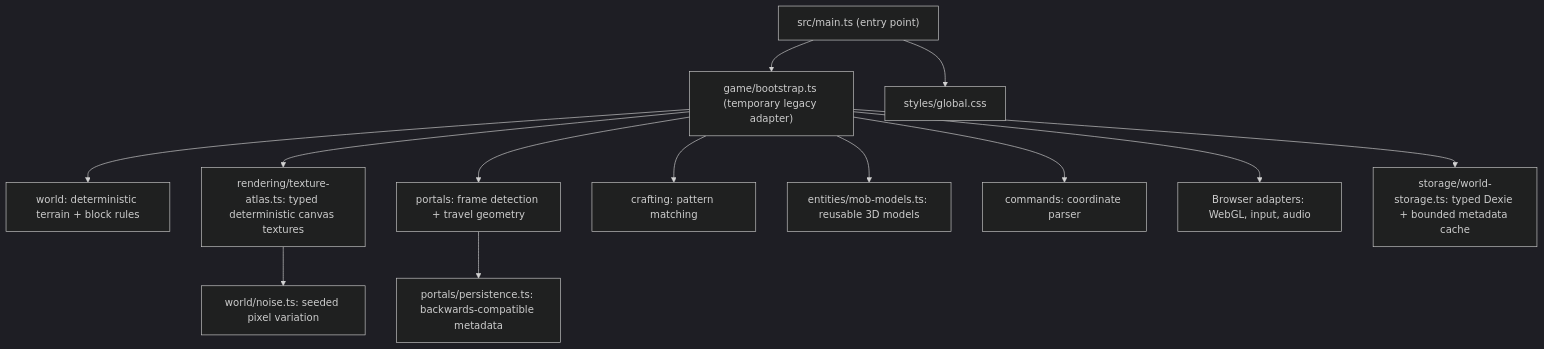
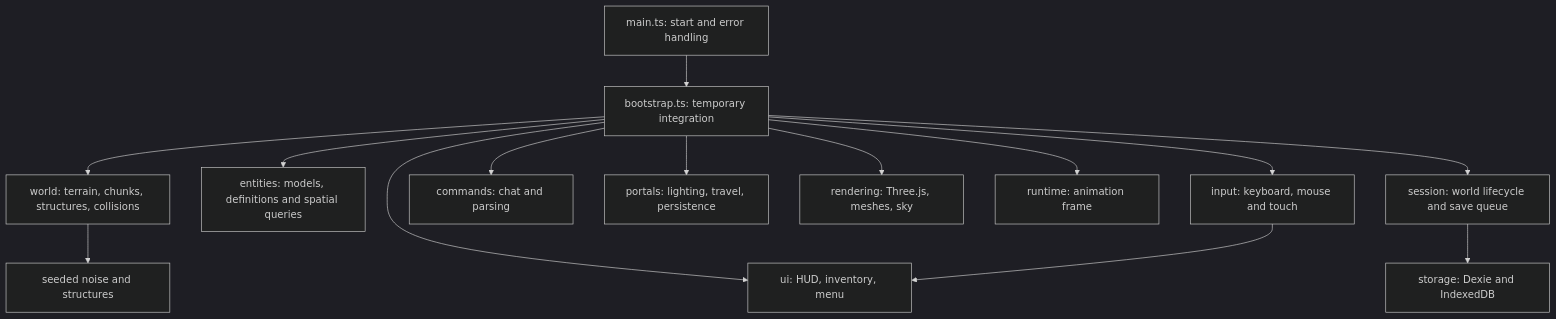
One commit to MauriceCraft/MauriceCraft changed the first of 2 diagrams in docs/ARCHITECTURE.md. Above: the diagram before and after it, drawn with Mermaid (dark theme). The commit also changed other lines of this file and 3 other files, not shown here.

First line of the commit message:
docs(architecture): give Maurice an accurate module map and testing path

````diff
--- a/docs/ARCHITECTURE.md
+++ b/docs/ARCHITECTURE.md
@@ -35,15 +27,16 @@
 ```mermaid
 flowchart TD
-    Entry["src/main.ts (entry point)"] --> Bootstrap["game/bootstrap.ts (temporary legacy adapter)"]
-    Entry --> CSS["styles/global.css"]
-    Bootstrap --> World["world: deterministic terrain + block rules"]
-    Bootstrap --> Atlas["rendering/texture-atlas.ts: typed deterministic canvas textures"]
-    Atlas --> Noise["world/noise.ts: seeded pixel variation"]
-    Bootstrap --> Portals["portals: frame detection + travel geometry"]
-    Bootstrap --> Crafting["crafting: pattern matching"]
-    Bootstrap --> MobModels["entities/mob-models.ts: reusable 3D models"]
-    Bootstrap --> Commands["commands: coordinate parser"]
-    Bootstrap --> Browser["Browser adapters: WebGL, input, audio"]
-    Bootstrap --> Storage["storage/world-storage.ts: typed Dexie + bounded metadata cache"]
-    Portals --> PortalPersistence["portals/persistence.ts: backwards-compatible metadata"]
+    Main["main.ts: start and error handling"] --> Runtime["bootstrap.ts: temporary integration"]
+    Runtime --> World["world: terrain, chunks, structures, collisions"]
+    Runtime --> Entities["entities: models, definitions and spatial queries"]
+    Runtime --> Controls["input: keyboard, mouse and touch"]
+    Runtime --> HUD["ui: HUD, inventory, menu"]
+    Runtime --> Commands["commands: chat and parsing"]
+    Runtime --> Portals["portals: lighting, travel, persistence"]
+    Runtime --> Graphics["rendering: Three.js, meshes, sky"]
+    Runtime --> Loop["runtime: animation frame"]
+    Runtime --> Session["session: world lifecycle and save queue"]
+    Session --> Storage["storage: Dexie and IndexedDB"]
+    World --> Noise["seeded noise and structures"]
+    Controls --> HUD
 ```
````
